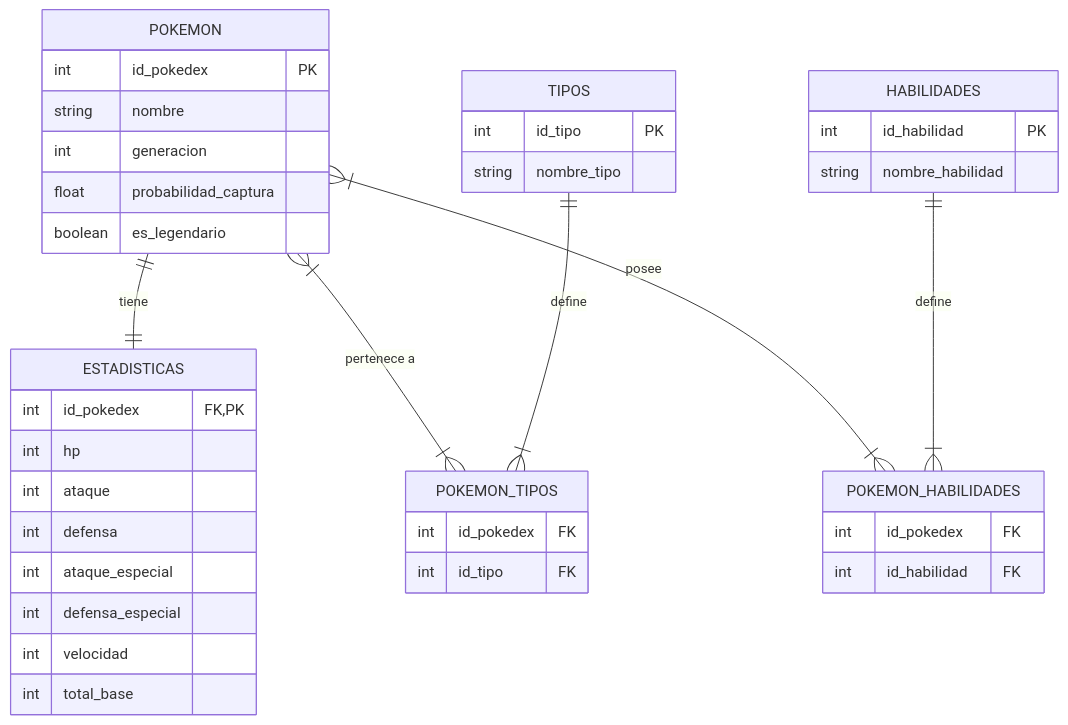
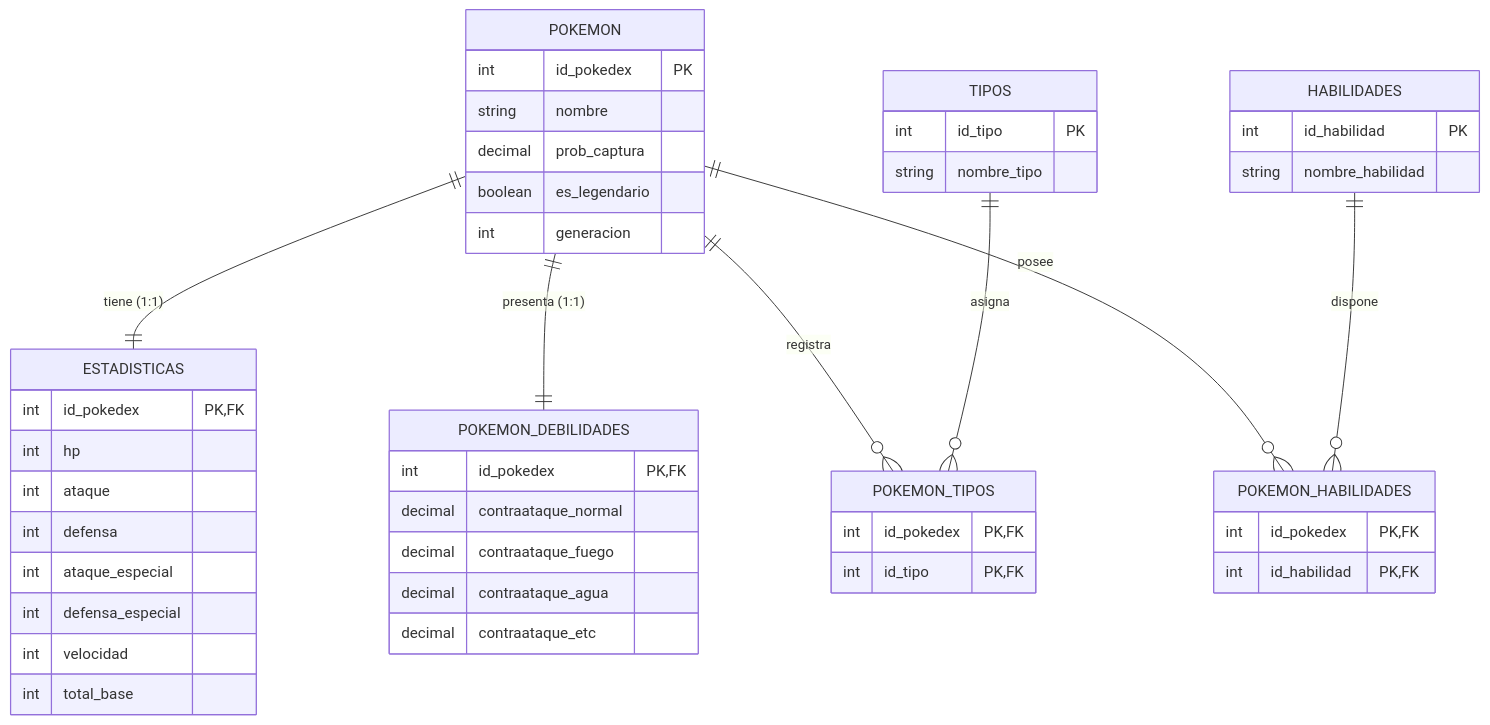
The diagram in docs/Diagrama_ER.md (LeoV-sys/Pokedex), drawn with Mermaid before and after one commit.

Commit message:
Revise: ER diagram for Pokémon data model
Updated the ER diagram to reflect new relationships and attributes.

````diff
--- a/docs/Diagrama_ER.md
+++ b/docs/Diagrama_ER.md
@@ -5,49 +5,58 @@
 ```mermaid
 erDiagram
-    POKEMON ||--|| ESTADISTICAS : "tiene"
-    POKEMON }|--|{ POKEMON_TIPOS : "pertenece a"
-    POKEMON }|--|{ POKEMON_HABILIDADES : "posee"
-    TIPOS ||--|{ POKEMON_TIPOS : "define"
-    HABILIDADES ||--|{ POKEMON_HABILIDADES : "define"
+    POKEMON ||--|| ESTADISTICAS : "tiene (1:1)"
+    POKEMON ||--|| POKEMON_DEBILIDADES : "presenta (1:1)"
+    
+    POKEMON ||--o{ POKEMON_TIPOS : "registra"
+    TIPOS ||--o{ POKEMON_TIPOS : "asigna"
+    
+    POKEMON ||--o{ POKEMON_HABILIDADES : "posee"
+    HABILIDADES ||--o{ POKEMON_HABILIDADES : "dispone"
 
     POKEMON {
         int id_pokedex PK
         string nombre
+        decimal prob_captura
+        boolean es_legendario
         int generacion
-        float probabilidad_captura
-        boolean es_legendario
     }
 
     ESTADISTICAS {
-        int id_pokedex FK, PK
+        int id_pokedex PK, FK
         int hp
         int ataque
         int defensa
         int ataque_especial
         int defensa_especial
         int velocidad
         int total_base
     }
 
     TIPOS {
         int id_tipo PK
         string nombre_tipo
     }
 
     HABILIDADES {
         int id_habilidad PK
         string nombre_habilidad
     }
 
     POKEMON_TIPOS {
-        int id_pokedex FK
-        int id_tipo FK
+        int id_pokedex PK, FK
+        int id_tipo PK, FK
     }
 
     POKEMON_HABILIDADES {
-        int id_pokedex FK
-        int id_habilidad FK
+        int id_pokedex PK, FK
+        int id_habilidad PK, FK
     }
 
-
+    POKEMON_DEBILIDADES {
+        int id_pokedex PK, FK
+        decimal contraataque_normal
+        decimal contraataque_fuego
+        decimal contraataque_agua
+        decimal contraataque_etc
+    }
 ```
````
